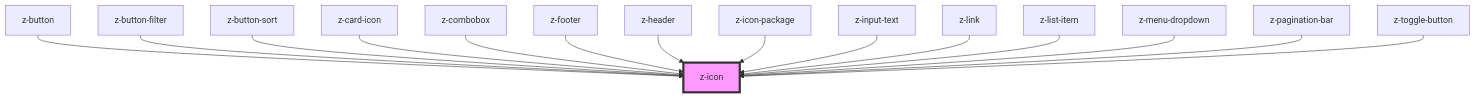
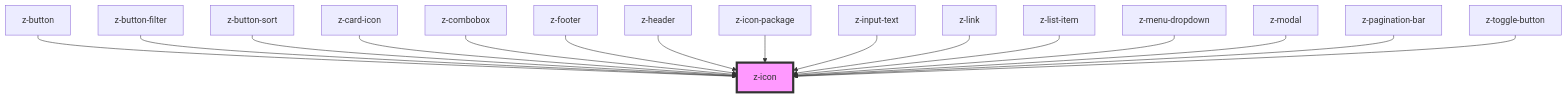
Before and after one commit to ZanichelliEditore/design-system: the diagram in web-components-library/src/components/z-icon/readme.md, drawn with Mermaid. The commit also changed other lines of this file and 4 other files, not shown here.

````diff
--- a/web-components-library/src/components/z-icon/readme.md
+++ b/web-components-library/src/components/z-icon/readme.md
@@ -38,18 +39,19 @@
 ```mermaid
 graph TD;
   z-button --> z-icon
   z-button-filter --> z-icon
   z-button-sort --> z-icon
   z-card-icon --> z-icon
   z-combobox --> z-icon
   z-footer --> z-icon
   z-header --> z-icon
   z-icon-package --> z-icon
   z-input-text --> z-icon
   z-link --> z-icon
   z-list-item --> z-icon
   z-menu-dropdown --> z-icon
+  z-modal --> z-icon
   z-pagination-bar --> z-icon
   z-toggle-button --> z-icon
   style z-icon fill:#f9f,stroke:#333,stroke-width:4px
 ```
````
